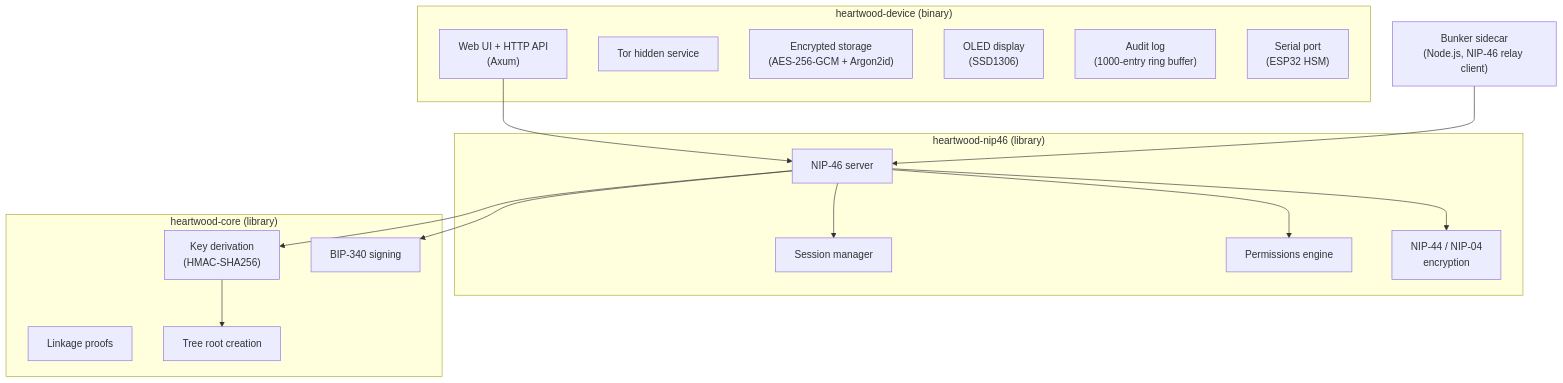
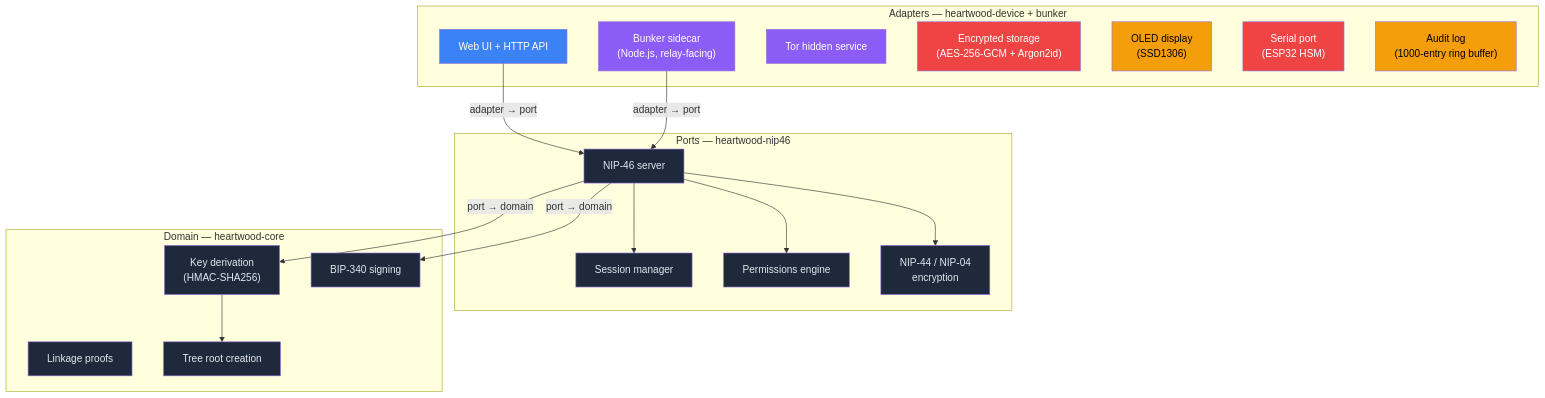
One commit to forgesworn/heartwood changed the diagram in ARCHITECTURE.md. Above: the diagram before and after it, drawn with Mermaid. The commit also changed other lines of this file, not shown here.

Commit message:
style: hexagonal architecture diagram with ForgeSworn colours
Replace flat dependency tree with hexagonal architecture showing
core (domain), ports (nip46), and adapters (device + bunker).
Dependency arrows flow inward.

````diff
--- a/ARCHITECTURE.md
+++ b/ARCHITECTURE.md
@@ -13,35 +15,51 @@
 ```mermaid
 graph TB
-    subgraph "heartwood-device (binary)"
-        WEB["Web UI + HTTP API<br/>(Axum)"]
+    subgraph ADAPTERS["Adapters — heartwood-device + bunker"]
+        WEB["Web UI + HTTP API"]
+        BUNKER["Bunker sidecar<br/>(Node.js, relay-facing)"]
         TOR["Tor hidden service"]
         STORE["Encrypted storage<br/>(AES-256-GCM + Argon2id)"]
         OLED["OLED display<br/>(SSD1306)"]
+        SERIAL["Serial port<br/>(ESP32 HSM)"]
         AUDIT["Audit log<br/>(1000-entry ring buffer)"]
-        SERIAL["Serial port<br/>(ESP32 HSM)"]
     end
 
-    subgraph "heartwood-nip46 (library)"
+    subgraph PORTS["Ports — heartwood-nip46"]
         SERVER["NIP-46 server"]
         SESS["Session manager"]
         PERMS["Permissions engine"]
         ENC["NIP-44 / NIP-04<br/>encryption"]
     end
 
-    subgraph "heartwood-core (library)"
+    subgraph CORE["Domain — heartwood-core"]
         DERIVE["Key derivation<br/>(HMAC-SHA256)"]
         SIGN["BIP-340 signing"]
         PROOF["Linkage proofs"]
         ROOT["Tree root creation"]
     end
 
-    WEB --> SERVER
+    WEB -->|adapter → port| SERVER
+    BUNKER -->|adapter → port| SERVER
     SERVER --> SESS
     SERVER --> PERMS
     SERVER --> ENC
-    SERVER --> SIGN
-    SERVER --> DERIVE
+    SERVER -->|port → domain| SIGN
+    SERVER -->|port → domain| DERIVE
     DERIVE --> ROOT
 
-    BUNKER["Bunker sidecar<br/>(Node.js, NIP-46 relay client)"] --> SERVER
+    style WEB fill:#3b82f6,color:#fff
+    style BUNKER fill:#8b5cf6,color:#fff
+    style TOR fill:#8b5cf6,color:#fff
+    style STORE fill:#ef4444,color:#fff
+    style SERIAL fill:#ef4444,color:#fff
+    style OLED fill:#f59e0b,color:#000
+    style AUDIT fill:#f59e0b,color:#000
+    style SERVER fill:#1e293b,color:#e2e8f0
+    style SESS fill:#1e293b,color:#e2e8f0
+    style PERMS fill:#1e293b,color:#e2e8f0
+    style ENC fill:#1e293b,color:#e2e8f0
+    style DERIVE fill:#1e293b,color:#e2e8f0
+    style SIGN fill:#1e293b,color:#e2e8f0
+    style PROOF fill:#1e293b,color:#e2e8f0
+    style ROOT fill:#1e293b,color:#e2e8f0
 ```
````
